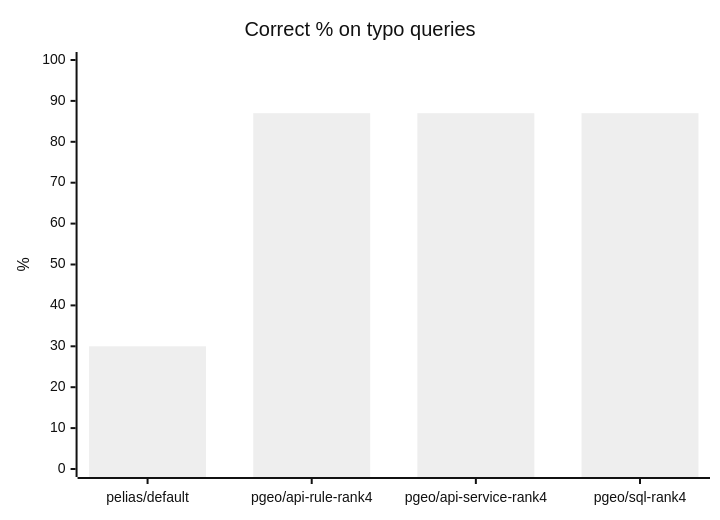
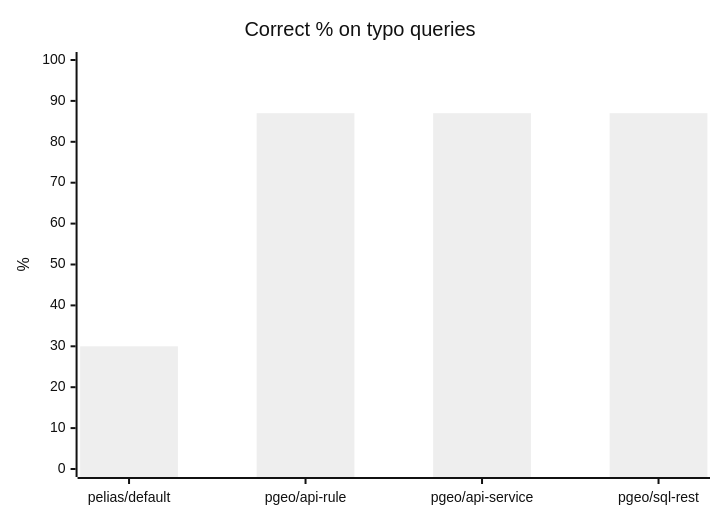
One commit to johnzastrow/pgeo changed the second of 6 diagrams in docs/ACCURACY_RESULTS.md. Above: the diagram before and after it, drawn with Mermaid (neutral theme). The commit also changed other lines of this file and 4 other files, not shown here.

````diff
--- a/docs/ACCURACY_RESULTS.md
+++ b/docs/ACCURACY_RESULTS.md
@@ -82,7 +82,7 @@
 ```mermaid
 xychart-beta
     title "Correct % on typo queries"
-    x-axis ["pelias/default", "pgeo/api-rule-rank4", "pgeo/api-service-rank4", "pgeo/sql-rank4"]
+    x-axis ["pelias/default", "pgeo/api-rule", "pgeo/api-service", "pgeo/sql-rest"]
     y-axis "%" 0 --> 100
     bar [30, 87, 87, 87]
 ```
````
